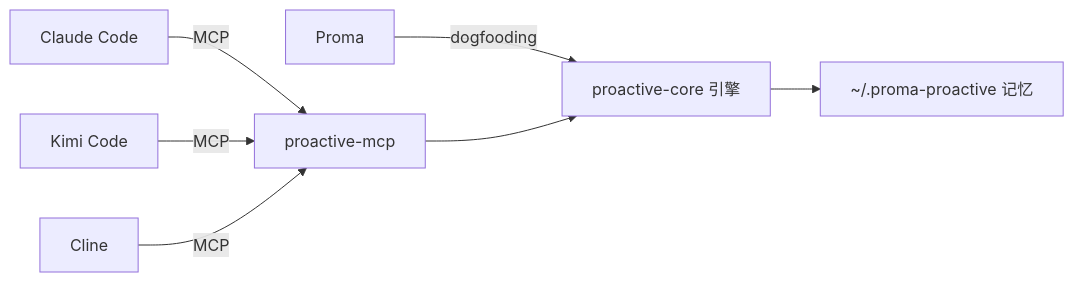
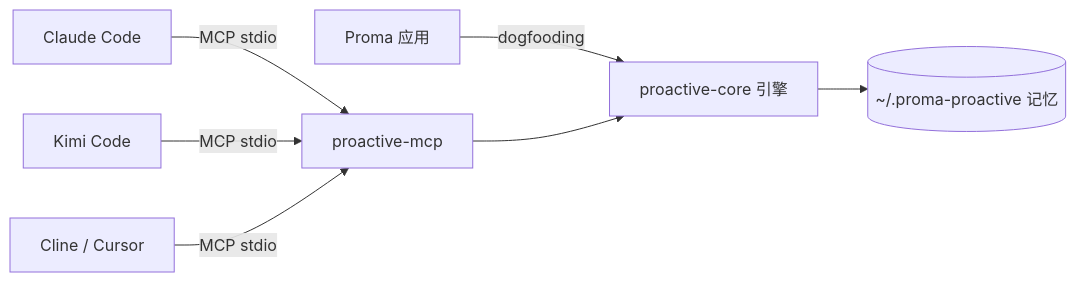
The diagram in README.md (ConradLu2740/ProactiveAgent), drawn with Mermaid before and after one commit. The commit also changed other lines of this file and 1 other file, not shown here.

````diff
--- a/README.md
+++ b/README.md
@@ -5,9 +127,9 @@
 ```mermaid
 flowchart LR
-    A[Claude Code] -->|MCP| S[proactive-mcp]
-    B[Kimi Code] -->|MCP| S
-    C[Cline] -->|MCP| S
-    D[Proma] -->|dogfooding| E[proactive-core]
+    A[Claude Code] -->|MCP stdio| S[proactive-mcp]
+    B[Kimi Code] -->|MCP stdio| S
+    C[Cline / Cursor] -->|MCP stdio| S
+    D[Proma 应用] -->|dogfooding| E[proactive-core]
     S --> E[proactive-core 引擎]
-    E --> F[~/.proma-proactive 记忆]
+    E --> F[(~/.proma-proactive 记忆)]
 ```
````
